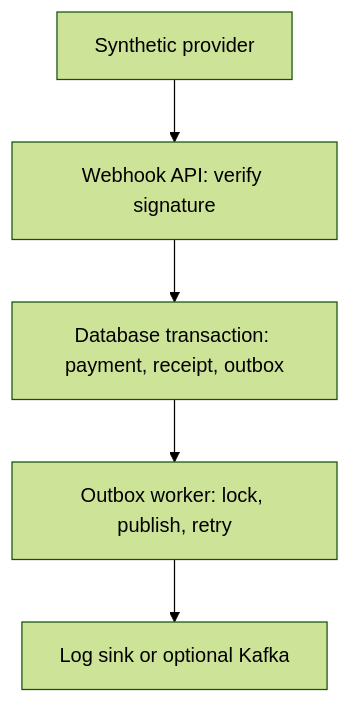
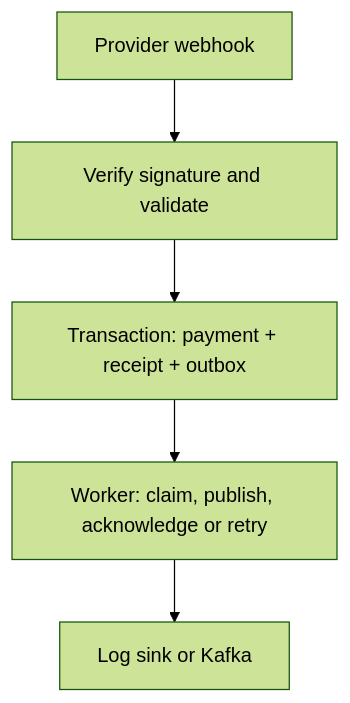
Before and after one commit to srreejitbarat/payment-webhook-lab: the diagram in README.md, drawn with Mermaid (forest theme). The commit also changed other lines of this file and 3 other files, not shown here.

````diff
--- a/README.md
+++ b/README.md
@@ -21,7 +20,7 @@
 ```mermaid
 flowchart TD
-  A["Synthetic provider"] --> B["Webhook API: verify signature"]
-  B --> C["Database transaction: payment, receipt, outbox"]
-  C --> D["Outbox worker: lock, publish, retry"]
-  D --> E["Log sink or optional Kafka"]
+  A[Provider webhook] --> B[Verify signature and validate]
+  B --> C[Transaction: payment + receipt + outbox]
+  C --> D[Worker: claim, publish, acknowledge or retry]
+  D --> E[Log sink or Kafka]
 ```
````
